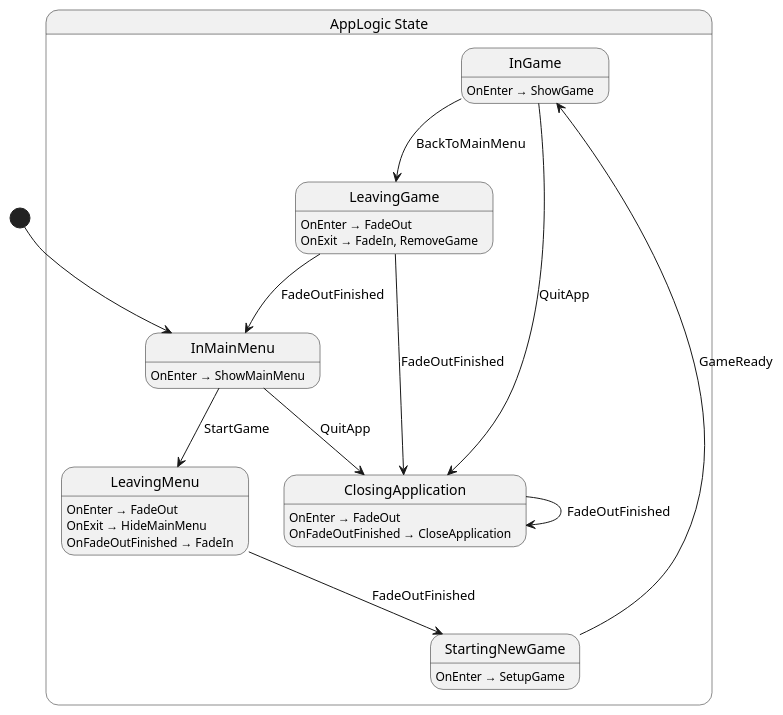
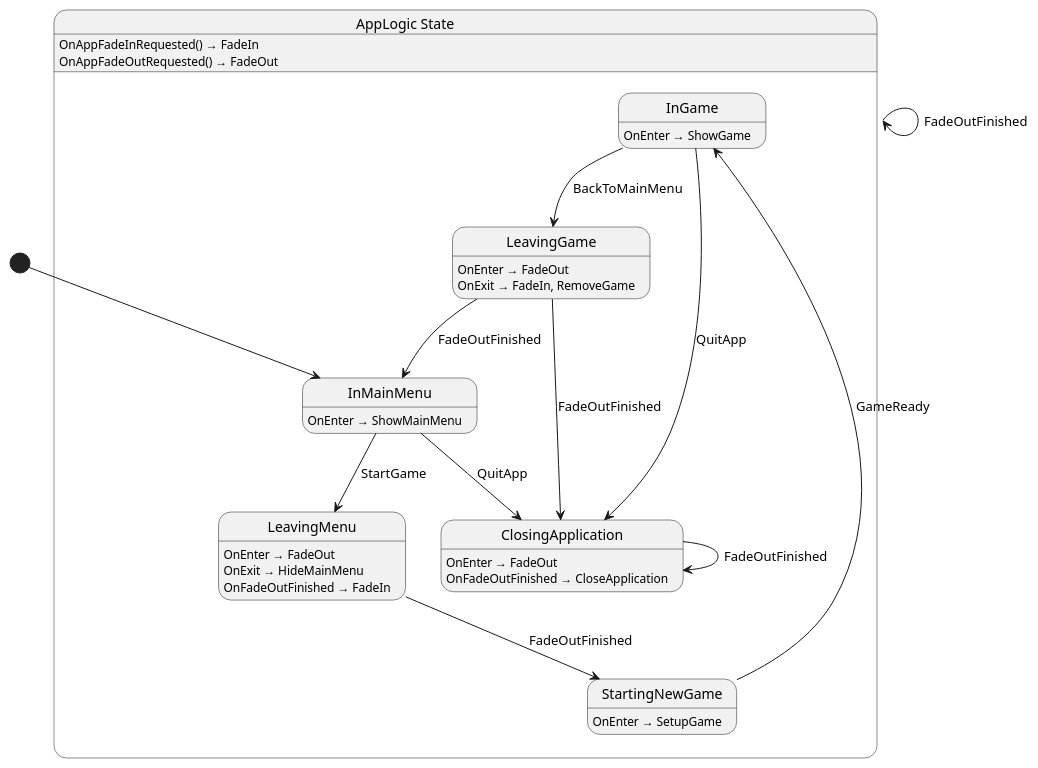
One commit to nilsiker/godot-wild-jam-77 changed the diagram in src/app/state/AppLogic.g.puml. Above: the diagram before and after it, drawn with PlantUML. The commit also changed 32 other files, not shown here.

```diff
--- a/src/app/state/AppLogic.g.puml
+++ b/src/app/state/AppLogic.g.puml
@@ -1,33 +1,36 @@
 @startuml AppLogic
 state "AppLogic State" as Nevergreen_AppLogic_State {
   state "ClosingApplication" as Nevergreen_AppLogic_State_ClosingApplication
   state "InGame" as Nevergreen_AppLogic_State_InGame
   state "InMainMenu" as Nevergreen_AppLogic_State_InMainMenu
   state "LeavingGame" as Nevergreen_AppLogic_State_LeavingGame
   state "LeavingMenu" as Nevergreen_AppLogic_State_LeavingMenu
   state "StartingNewGame" as Nevergreen_AppLogic_State_StartingNewGame
 }
 
+Nevergreen_AppLogic_State --> Nevergreen_AppLogic_State : FadeOutFinished
 Nevergreen_AppLogic_State_ClosingApplication --> Nevergreen_AppLogic_State_ClosingApplication : FadeOutFinished
 Nevergreen_AppLogic_State_InGame --> Nevergreen_AppLogic_State_ClosingApplication : QuitApp
 Nevergreen_AppLogic_State_InGame --> Nevergreen_AppLogic_State_LeavingGame : BackToMainMenu
 Nevergreen_AppLogic_State_InMainMenu --> Nevergreen_AppLogic_State_ClosingApplication : QuitApp
 Nevergreen_AppLogic_State_InMainMenu --> Nevergreen_AppLogic_State_LeavingMenu : StartGame
 Nevergreen_AppLogic_State_LeavingGame --> Nevergreen_AppLogic_State_ClosingApplication : FadeOutFinished
 Nevergreen_AppLogic_State_LeavingGame --> Nevergreen_AppLogic_State_InMainMenu : FadeOutFinished
 Nevergreen_AppLogic_State_LeavingMenu --> Nevergreen_AppLogic_State_StartingNewGame : FadeOutFinished
 Nevergreen_AppLogic_State_StartingNewGame --> Nevergreen_AppLogic_State_InGame : GameReady
 
+Nevergreen_AppLogic_State : OnAppFadeInRequested() → FadeIn
+Nevergreen_AppLogic_State : OnAppFadeOutRequested() → FadeOut
 Nevergreen_AppLogic_State_ClosingApplication : OnEnter → FadeOut
 Nevergreen_AppLogic_State_ClosingApplication : OnFadeOutFinished → CloseApplication
 Nevergreen_AppLogic_State_InGame : OnEnter → ShowGame
 Nevergreen_AppLogic_State_InMainMenu : OnEnter → ShowMainMenu
 Nevergreen_AppLogic_State_LeavingGame : OnEnter → FadeOut
 Nevergreen_AppLogic_State_LeavingGame : OnExit → FadeIn, RemoveGame
 Nevergreen_AppLogic_State_LeavingMenu : OnEnter → FadeOut
 Nevergreen_AppLogic_State_LeavingMenu : OnExit → HideMainMenu
 Nevergreen_AppLogic_State_LeavingMenu : OnFadeOutFinished → FadeIn
 Nevergreen_AppLogic_State_StartingNewGame : OnEnter → SetupGame
 
 [*] --> Nevergreen_AppLogic_State_InMainMenu
 @enduml
```
